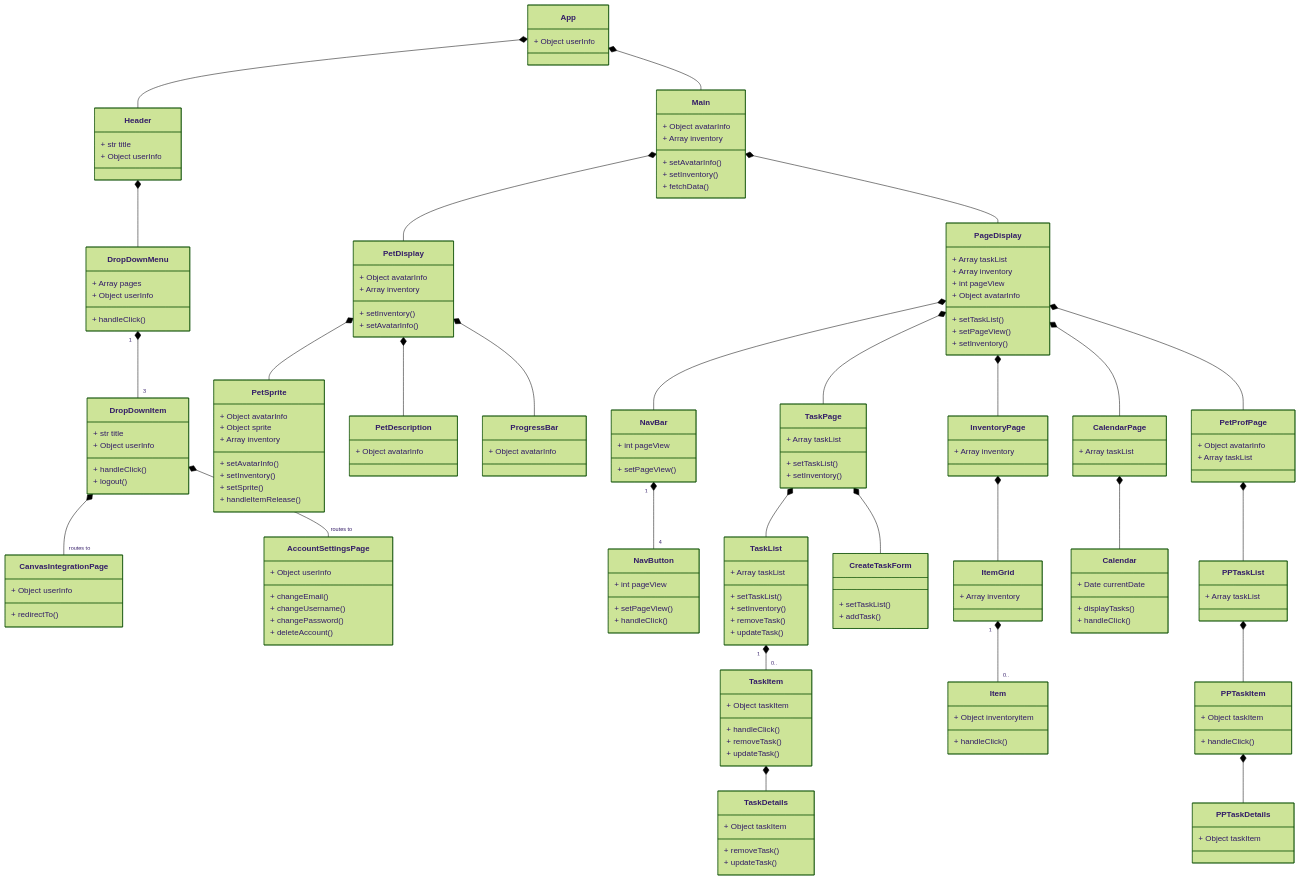
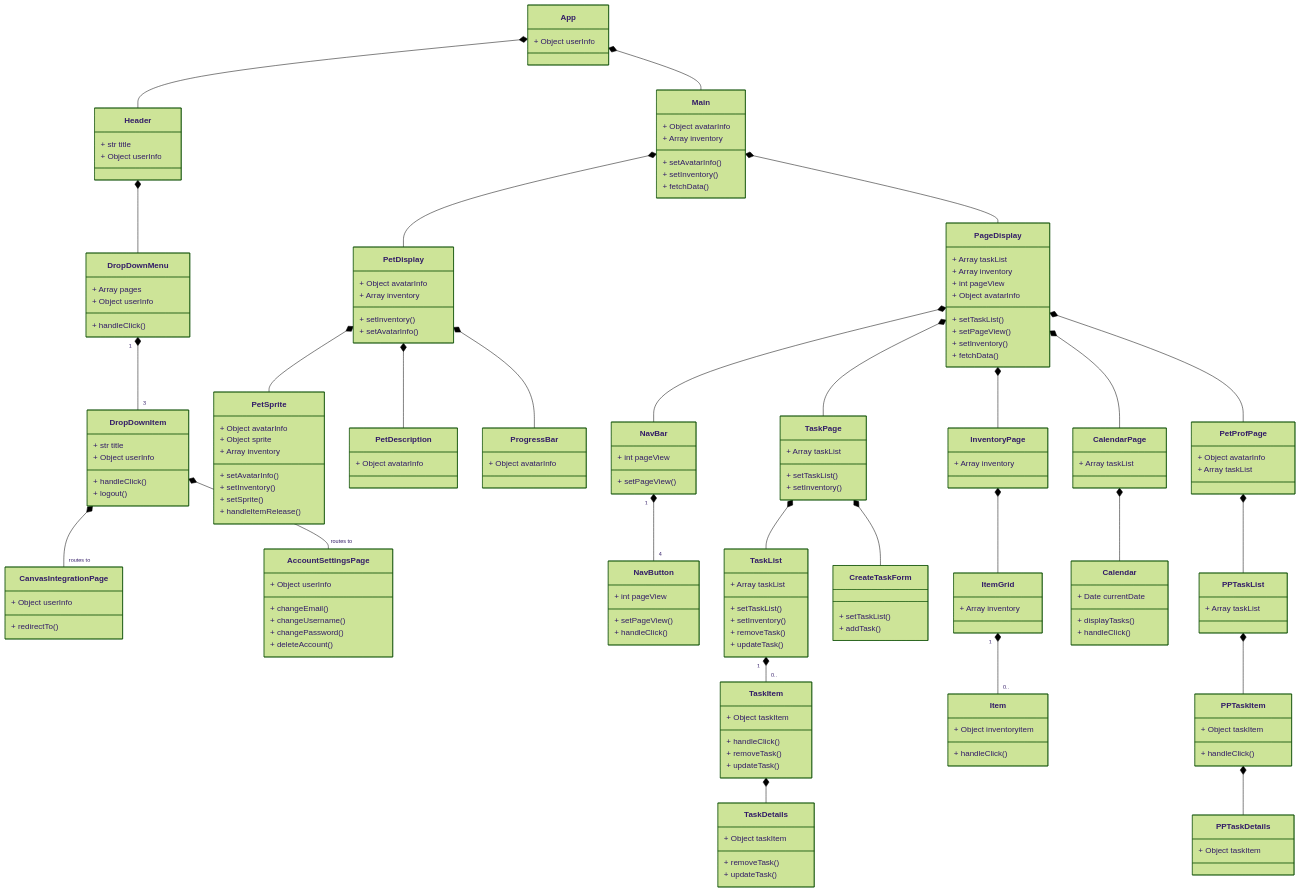
One commit to Capstone-Projects-2023-Spring/project-virtual-pet changed the first of 4 diagrams in documentation/docs/system-architecture/class-diagrams.md. Above: the diagram before and after it, drawn with Mermaid (forest theme). The commit also changed other lines of this file and 1 other file, not shown here.

````diff
--- a/documentation/docs/system-architecture/class-diagrams.md
+++ b/documentation/docs/system-architecture/class-diagrams.md
@@ -133,6 +133,7 @@
         + setTaskList()
         + setPageView()
         + setInventory()
+        + fetchData()
         + Array taskList
         + Array inventory
         + int pageView
@@ -219,4 +220,5 @@
     }
 
 
+
 ```
````
